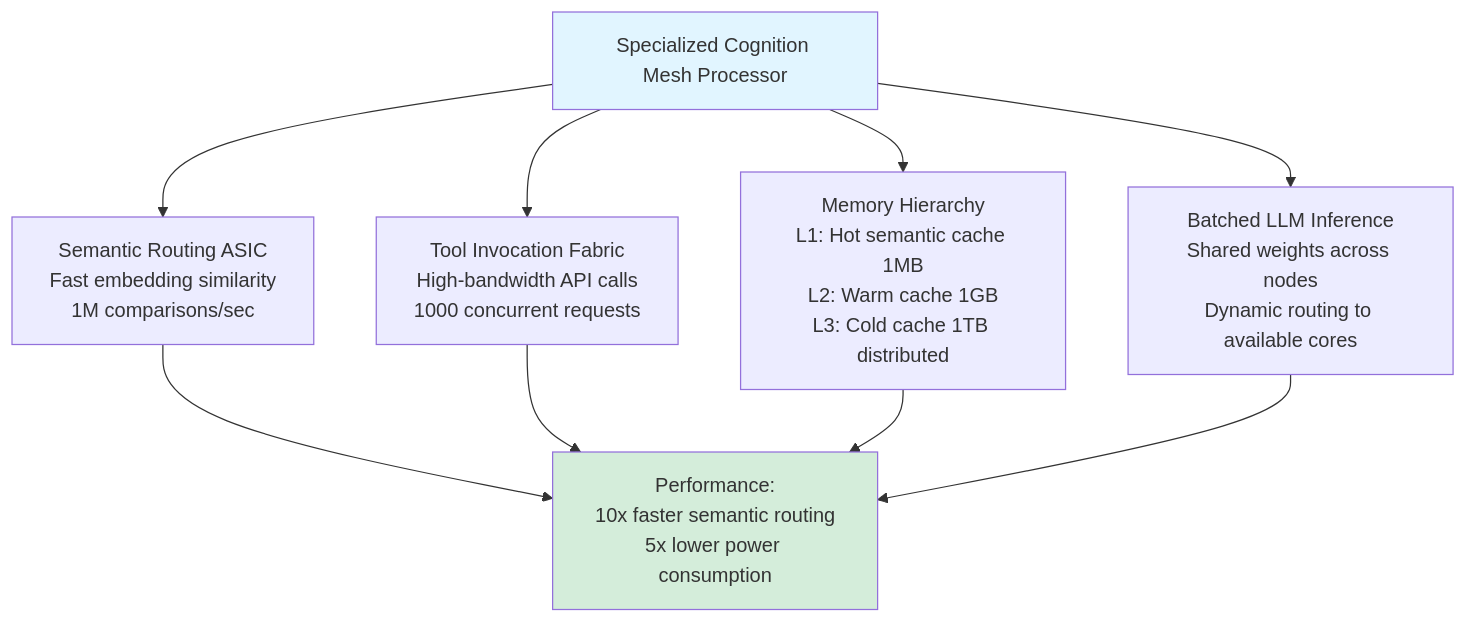
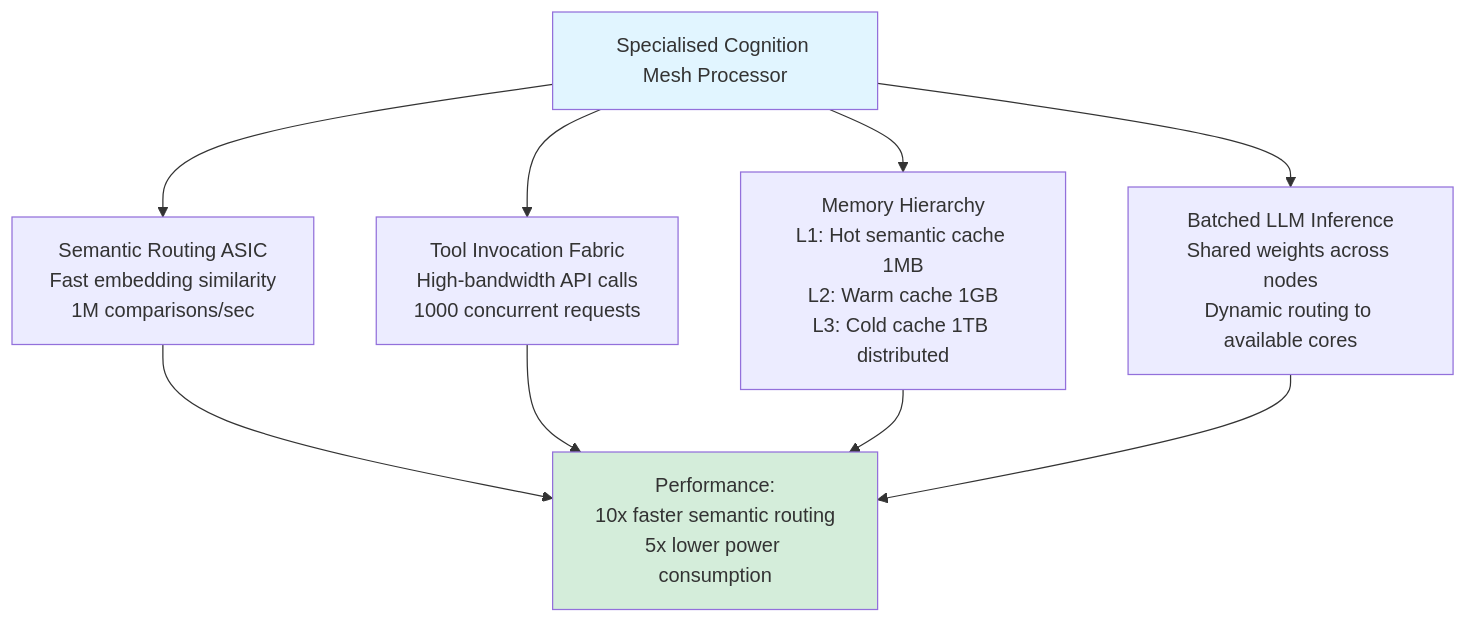
Diagram 11 of 13 in docs/SEMANTIC_COGNITION_MESH.md (scottgal/LLMApi), drawn with Mermaid before and after one commit. The commit also changed other lines of this file, not shown here.

First line of the commit message:
docs: rewrite semantic cognition mesh article in author's style

````diff
--- a/docs/SEMANTIC_COGNITION_MESH.md
+++ b/docs/SEMANTIC_COGNITION_MESH.md
@@ -482,20 +482,20 @@
 ```mermaid
 graph TB
-    CPU[Specialized Cognition Mesh Processor]
+    CPU[Specialised Cognition Mesh Processor]
 
     CPU --> Unit1[Semantic Routing ASIC<br/>Fast embedding similarity<br/>1M comparisons/sec]
 
     CPU --> Unit2[Tool Invocation Fabric<br/>High-bandwidth API calls<br/>1000 concurrent requests]
 
     CPU --> Unit3[Memory Hierarchy<br/>L1: Hot semantic cache 1MB<br/>L2: Warm cache 1GB<br/>L3: Cold cache 1TB distributed]
 
     CPU --> Unit4[Batched LLM Inference<br/>Shared weights across nodes<br/>Dynamic routing to available cores]
 
     Unit1 --> Perf[Performance:<br/>10x faster semantic routing<br/>5x lower power consumption]
     Unit2 --> Perf
     Unit3 --> Perf
     Unit4 --> Perf
 
     style CPU fill:#e1f5ff
     style Perf fill:#d4edda
 ```
````
